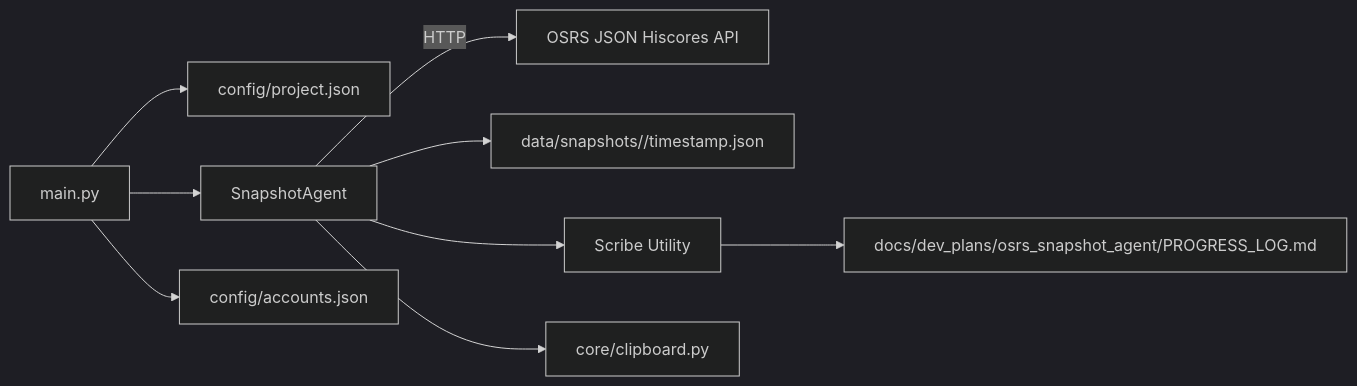
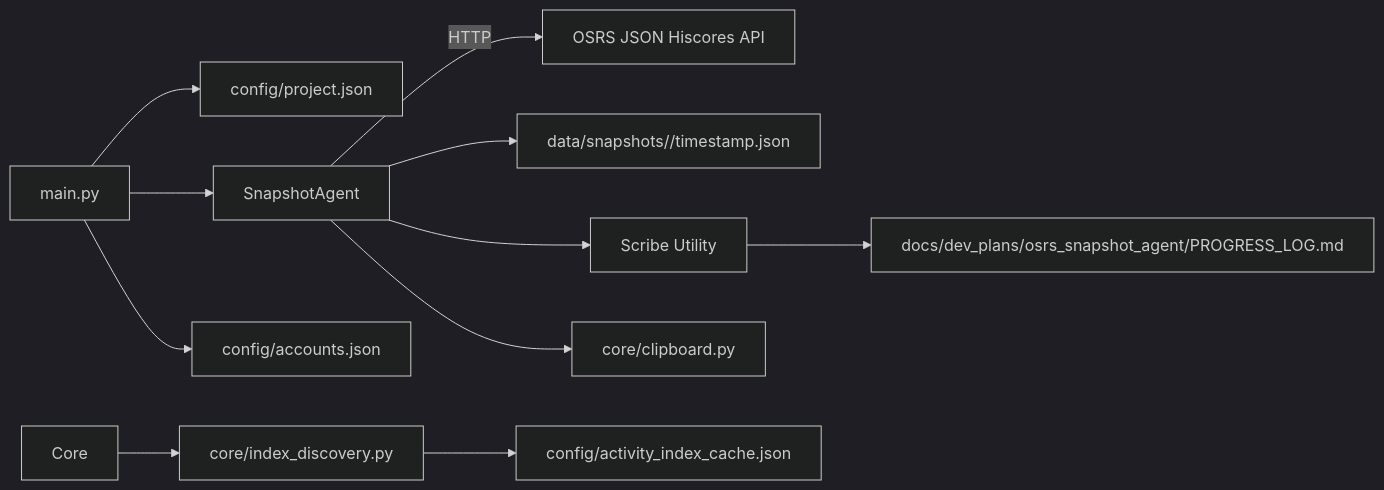
Before and after one commit to paxocial/osrs_hiscore_pull: the first of 2 diagrams in docs/dev_plans/osrs_snapshot_agent/ARCHITECTURE_GUIDE.md, drawn with Mermaid (dark theme). The commit also changed other lines of this file and 8 other files, not shown here.

Commit message:
Enhance OSRS Snapshot Agent with activity index discovery and caching; update constants and hiscore client for improved functionality; add activity index cache configuration.

````diff
--- a/docs/dev_plans/osrs_snapshot_agent/ARCHITECTURE_GUIDE.md
+++ b/docs/dev_plans/osrs_snapshot_agent/ARCHITECTURE_GUIDE.md
@@ -27,11 +27,13 @@
 ```mermaid
 flowchart LR
     Main[main.py] --> Config[config/project.json]
     Main --> Agent[SnapshotAgent]
     Agent -->|HTTP| OSRSAPI[OSRS JSON Hiscores API]
     Agent --> Storage[data/snapshots/<player>/timestamp.json]
     Agent --> Logger[Scribe Utility]
     Logger --> ProgressLog[docs/dev_plans/osrs_snapshot_agent/PROGRESS_LOG.md]
     Agent --> Clipboard[core/clipboard.py]
     Main --> Accounts[config/accounts.json]
+    Core --> Discovery[core/index_discovery.py]
+    Discovery --> Cache[config/activity_index_cache.json]
 ```
````
